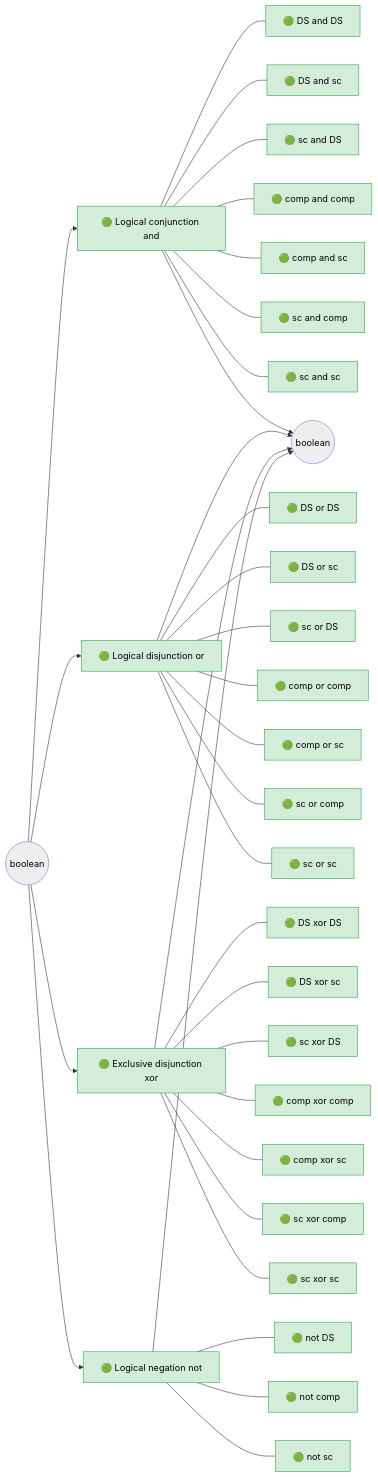
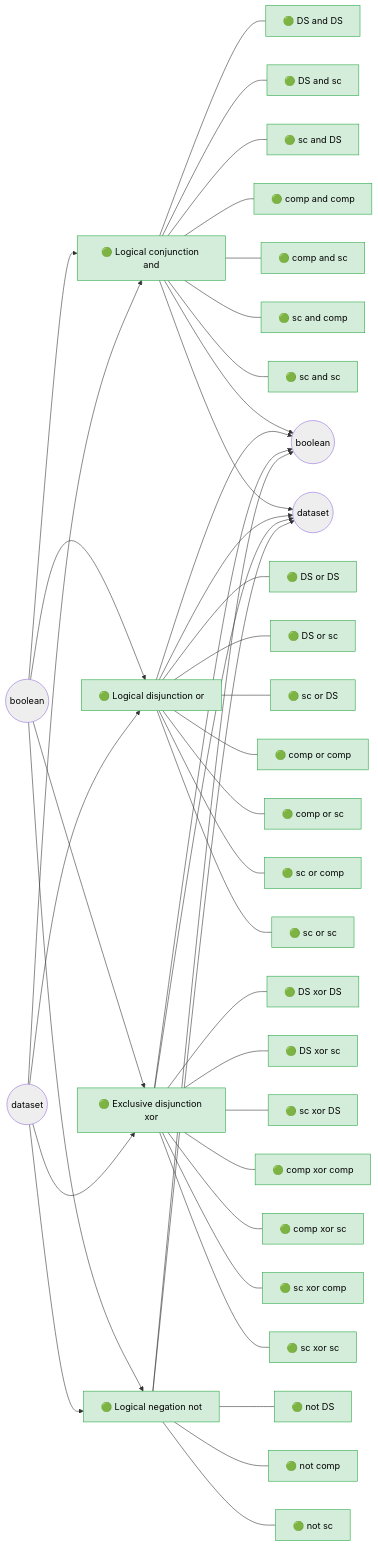
Before and after one commit to Meaningful-Data/vtlengine: the diagram in docs/operator_map/boolean.rst, drawn with Mermaid. The commit also changed other lines of this file and 15 other files, not shown here.

```diff
--- a/docs/operator_map/boolean.rst
+++ b/docs/operator_map/boolean.rst
@@ -17,8 +17,12 @@
        classDef ext stroke-dasharray: 5 5
        in_boolean(("boolean")):::type
        click in_boolean "examples/types/boolean/identity/minimal/"
+       in_dataset(("dataset")):::type
+       click in_dataset "examples/general/non_persistent_assignment/ds/manual_ex_1/"
        out_boolean(("boolean")):::type
        click out_boolean "examples/types/boolean/identity/minimal/"
+       out_dataset(("dataset")):::type
+       click out_dataset "examples/general/non_persistent_assignment/ds/manual_ex_1/"
        boolean__and["🟢 Logical conjunction and"]:::ok
        boolean__and__ds_ds["🟢 DS and DS"]:::ok
        boolean__and__ds_sc["🟢 DS and sc"]:::ok
@@ -35,7 +39,9 @@
        boolean__and --- boolean__and__sc_comp
        boolean__and --- boolean__and__sc_sc
        in_boolean --> boolean__and
+       in_dataset --> boolean__and
        boolean__and --> out_boolean
+       boolean__and --> out_dataset
        click boolean__and "examples/boolean/and/ds_ds/manual_ex_1/"
        click boolean__and__ds_ds "examples/boolean/and/ds_ds/manual_ex_1/"
        click boolean__and__ds_sc "examples/boolean/and/ds_sc/minimal/"
@@ -60,7 +66,9 @@
        boolean__or --- boolean__or__sc_comp
        boolean__or --- boolean__or__sc_sc
        in_boolean --> boolean__or
+       in_dataset --> boolean__or
        boolean__or --> out_boolean
+       boolean__or --> out_dataset
        click boolean__or "examples/boolean/or/ds_ds/manual_ex_1/"
        click boolean__or__ds_ds "examples/boolean/or/ds_ds/manual_ex_1/"
        click boolean__or__ds_sc "examples/boolean/or/ds_sc/minimal/"
@@ -85,7 +93,9 @@
        boolean__xor --- boolean__xor__sc_comp
        boolean__xor --- boolean__xor__sc_sc
        in_boolean --> boolean__xor
+       in_dataset --> boolean__xor
        boolean__xor --> out_boolean
+       boolean__xor --> out_dataset
        click boolean__xor "examples/boolean/xor/ds_ds/manual_ex_1/"
        click boolean__xor__ds_ds "examples/boolean/xor/ds_ds/manual_ex_1/"
        click boolean__xor__ds_sc "examples/boolean/xor/ds_sc/minimal/"
@@ -102,7 +112,9 @@
        boolean__not --- boolean__not__comp
        boolean__not --- boolean__not__sc
        in_boolean --> boolean__not
+       in_dataset --> boolean__not
        boolean__not --> out_boolean
+       boolean__not --> out_dataset
        click boolean__not "examples/boolean/not/ds/manual_ex_1/"
        click boolean__not__ds "examples/boolean/not/ds/manual_ex_1/"
        click boolean__not__comp "examples/boolean/not/comp/manual_ex_2/"
```
